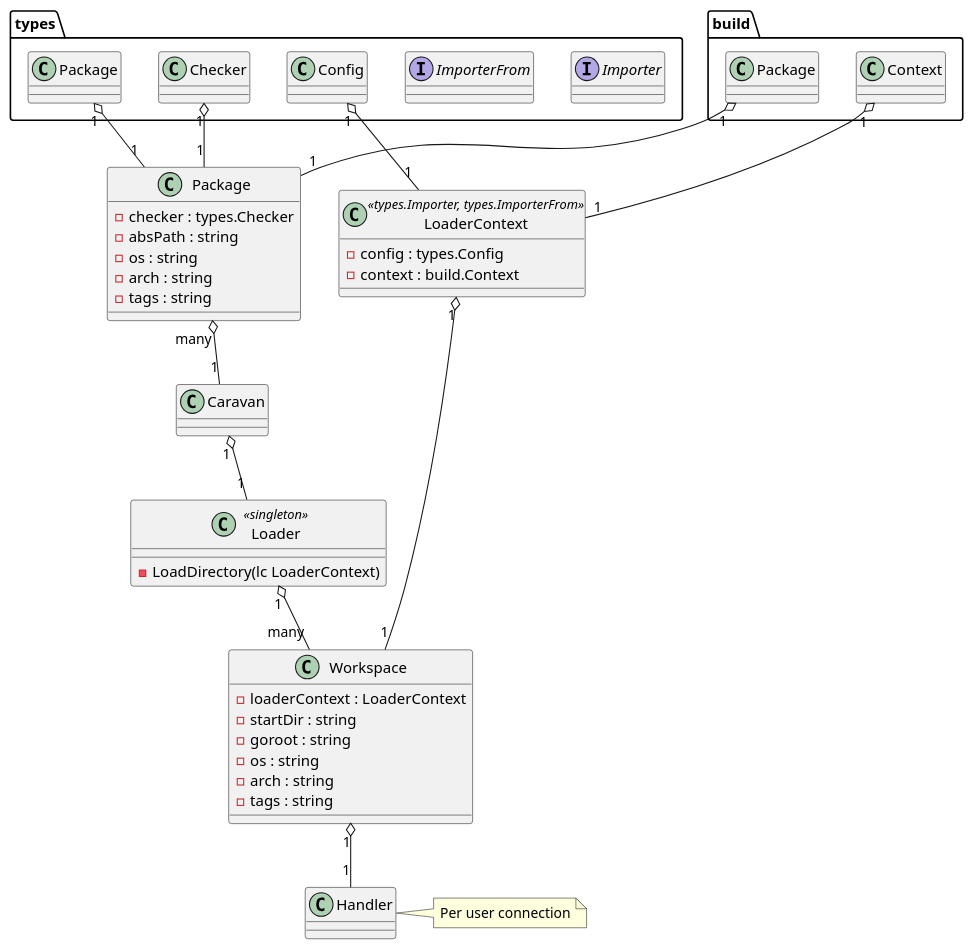
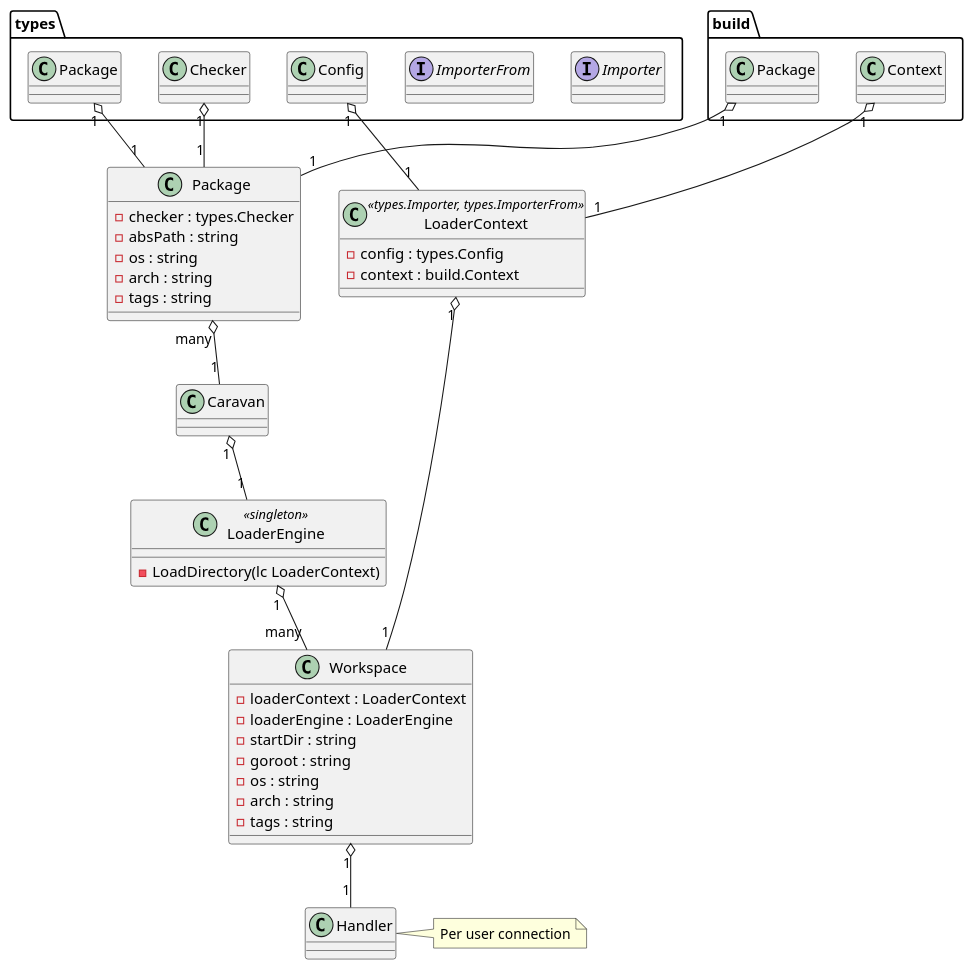
Before and after one commit to object88/langd: the diagram in diagrams/diagram.wsd, drawn with PlantUML. The commit also changed 3 other files, not shown here.

Commit message:
Documentation updates for LoaderEngine

```diff
--- a/diagrams/diagram.wsd
+++ b/diagrams/diagram.wsd
@@ -1,46 +1,47 @@
 @startuml langd
 
 interface types.Importer
 interface types.ImporterFrom
 
 class Handler
 note right: Per user connection
 
-class Loader << singleton >> {
+class LoaderEngine << singleton >> {
 	- LoadDirectory(lc LoaderContext)
 }
 
 class LoaderContext << types.Importer, types.ImporterFrom >> {
 	- config : types.Config
 	- context : build.Context
 }
 
 class Package {
 	- checker : types.Checker
 	- absPath : string
 	- os : string
 	- arch : string
 	- tags : string
 }
 
 class Workspace {
 	- loaderContext : LoaderContext
+	- loaderEngine : LoaderEngine
 	- startDir : string
 	- goroot : string
 	- os : string
 	- arch : string
 	- tags : string
 }
 
 Workspace "1" o-- "1" Handler
 LoaderContext "1" o-- "1" Workspace
-Loader "1" o-- "many" Workspace
+LoaderEngine "1" o-- "many" Workspace
 types.Config "1" o-- "1" LoaderContext
 types.Checker "1" o-- "1" Package
 types.Package "1" o-- "1" Package
 build.Package "1" o-- "1" Package
 Package "many" o-- "1" Caravan
-Caravan "1" o-- "1" Loader
+Caravan "1" o-- "1" LoaderEngine
 build.Context "1" o-- "1" LoaderContext
 
 @enduml
```
